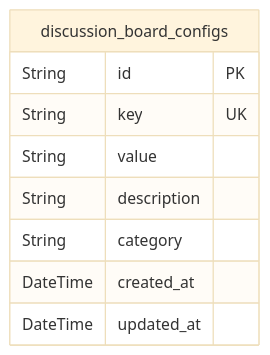
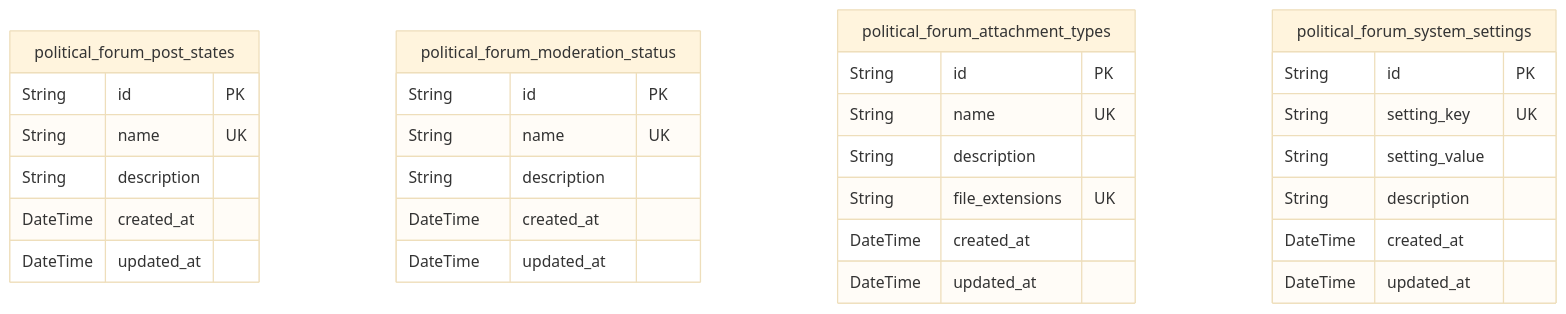
One commit to wrtnlabs/autobe-examples changed the first of 10 diagrams in qwen/qwen3-next-80b-a3b-instruct/bbs/docs/ERD.md. Above: the diagram before and after it, drawn with Mermaid (base theme). The commit also changed other lines of this file and 960 other files, not shown here.

````diff
--- a/qwen/qwen3-next-80b-a3b-instruct/bbs/docs/ERD.md
+++ b/qwen/qwen3-next-80b-a3b-instruct/bbs/docs/ERD.md
@@ -15,12 +18,33 @@
 ```mermaid
 erDiagram
-"discussion_board_configs" {
+"political_forum_post_states" {
   String id PK
-  String key UK
-  String value
+  String name UK
   String description
-  String category
+  DateTime created_at
+  DateTime updated_at
+}
+"political_forum_moderation_status" {
+  String id PK
+  String name UK
+  String description
+  DateTime created_at
+  DateTime updated_at
+}
+"political_forum_attachment_types" {
+  String id PK
+  String name UK
+  String description
+  String file_extensions UK
+  DateTime created_at
+  DateTime updated_at
+}
+"political_forum_system_settings" {
+  String id PK
+  String setting_key UK
+  String setting_value
+  String description
   DateTime created_at
   DateTime updated_at
 }
 ```
````
